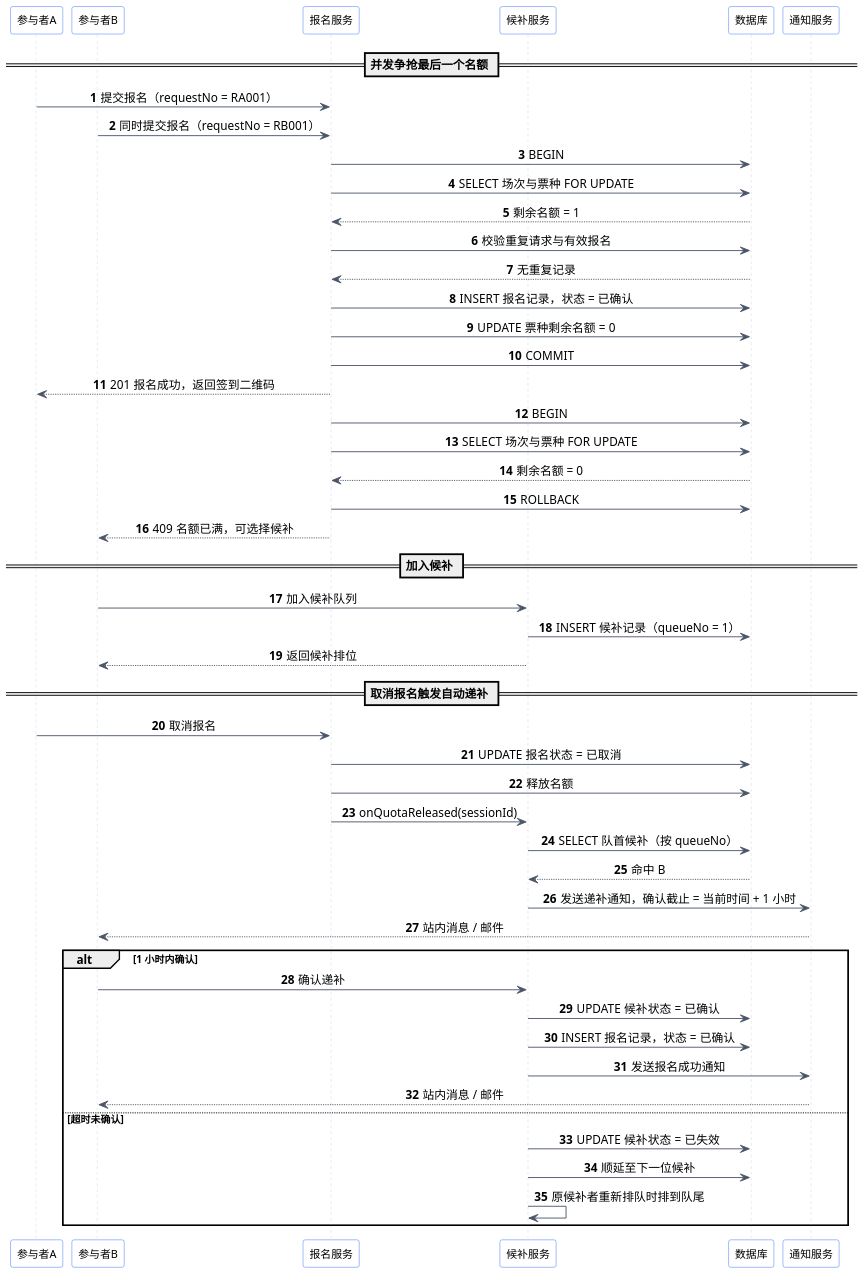
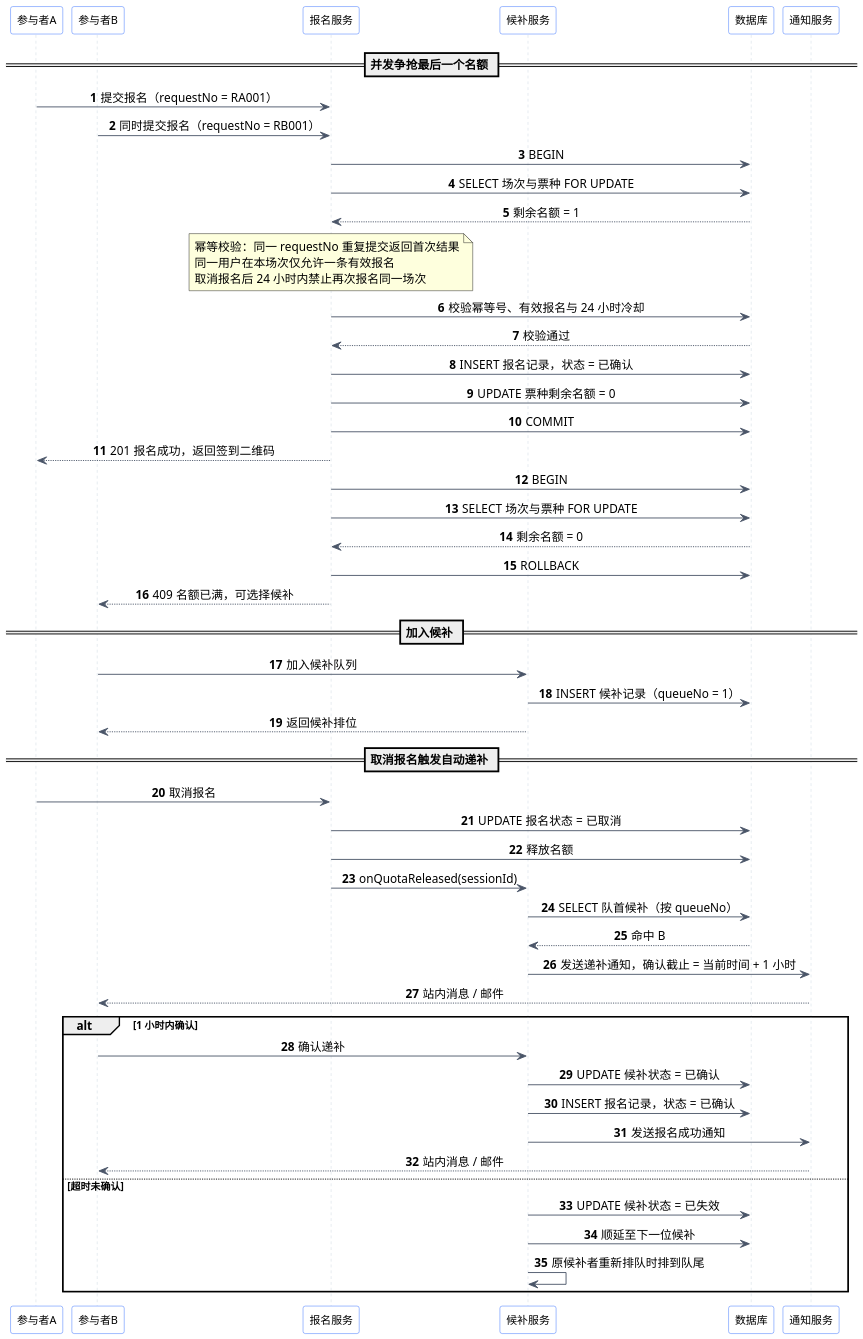
One commit to 2cyclyx/SE-labs changed the diagram in lab2-软件设计与建模/UML/UML时序图.puml. Above: the diagram before and after it, drawn with PlantUML. The commit also changed 5 other files, not shown here.

First line of the commit message:
fix(lab2): 人工审查后修订 UML 初版

```diff
--- a/lab2-软件设计与建模/UML/UML时序图.puml
+++ b/lab2-软件设计与建模/UML/UML时序图.puml
@@ -1,73 +1,74 @@
 @startuml UML时序图
 skinparam defaultFontName "Microsoft YaHei"
 skinparam dpi 150
 skinparam shadowing false
 skinparam sequenceMessageAlign center
 skinparam ArrowColor #4A5568
 skinparam participant {
   BackgroundColor #FFFFFF
   BorderColor #2F6BFF
   FontSize 12
 }
 skinparam sequence {
   LifeLineBorderColor #CBD5E0
   LifeLineBackgroundColor #F7F9FC
 }
 autonumber
 
 participant "参与者A" as A
 participant "参与者B" as B
 participant "报名服务" as R
 participant "候补服务" as W
 participant "数据库" as DB
 participant "通知服务" as N
 
 == 并发争抢最后一个名额 ==
 A -> R : 提交报名（requestNo = RA001）
 B -> R : 同时提交报名（requestNo = RB001）
 
 R -> DB : BEGIN
 R -> DB : SELECT 场次与票种 FOR UPDATE
 DB --> R : 剩余名额 = 1
-R -> DB : 校验重复请求与有效报名
-DB --> R : 无重复记录
+note over R : 幂等校验：同一 requestNo 重复提交返回首次结果\n同一用户在本场次仅允许一条有效报名\n取消报名后 24 小时内禁止再次报名同一场次
+R -> DB : 校验幂等号、有效报名与 24 小时冷却
+DB --> R : 校验通过
 R -> DB : INSERT 报名记录，状态 = 已确认
 R -> DB : UPDATE 票种剩余名额 = 0
 R -> DB : COMMIT
 R --> A : 201 报名成功，返回签到二维码
 
 R -> DB : BEGIN
 R -> DB : SELECT 场次与票种 FOR UPDATE
 DB --> R : 剩余名额 = 0
 R -> DB : ROLLBACK
 R --> B : 409 名额已满，可选择候补
 
 == 加入候补 ==
 B -> W : 加入候补队列
 W -> DB : INSERT 候补记录（queueNo = 1）
 W --> B : 返回候补排位
 
 == 取消报名触发自动递补 ==
 A -> R : 取消报名
 R -> DB : UPDATE 报名状态 = 已取消
 R -> DB : 释放名额
 R -> W : onQuotaReleased(sessionId)
 
 W -> DB : SELECT 队首候补（按 queueNo）
 DB --> W : 命中 B
 W -> N : 发送递补通知，确认截止 = 当前时间 + 1 小时
 N --> B : 站内消息 / 邮件
 
 alt 1 小时内确认
   B -> W : 确认递补
   W -> DB : UPDATE 候补状态 = 已确认
   W -> DB : INSERT 报名记录，状态 = 已确认
   W -> N : 发送报名成功通知
   N --> B : 站内消息 / 邮件
 else 超时未确认
   W -> DB : UPDATE 候补状态 = 已失效
   W -> DB : 顺延至下一位候补
   W -> W : 原候补者重新排队时排到队尾
 end
 
 @enduml
```
